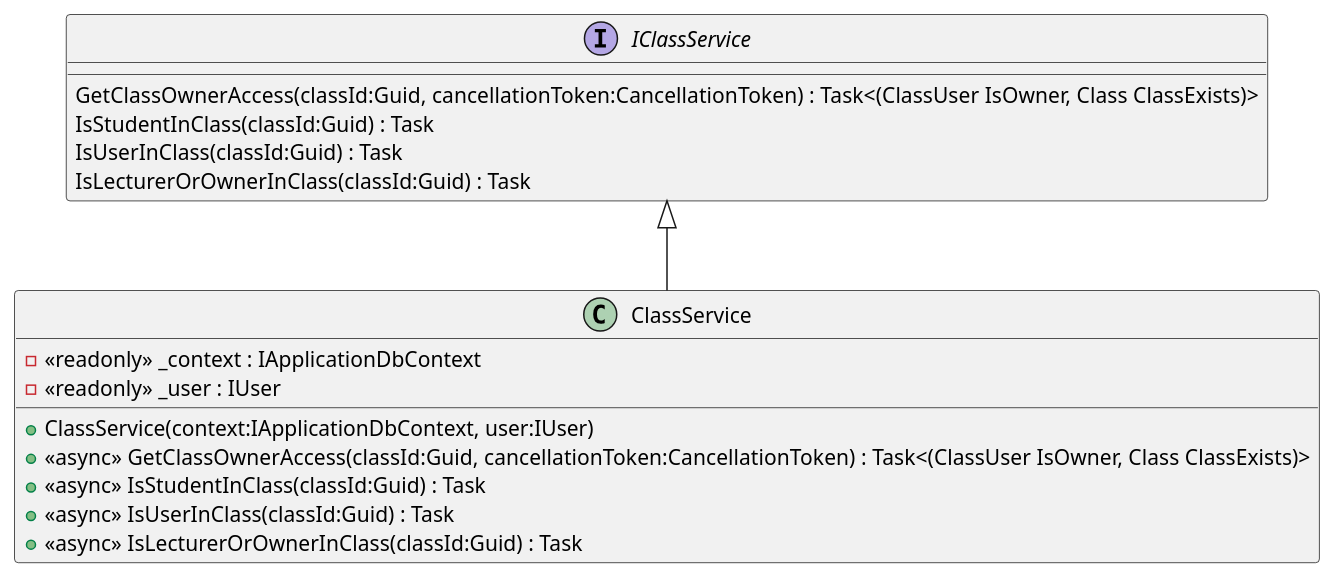
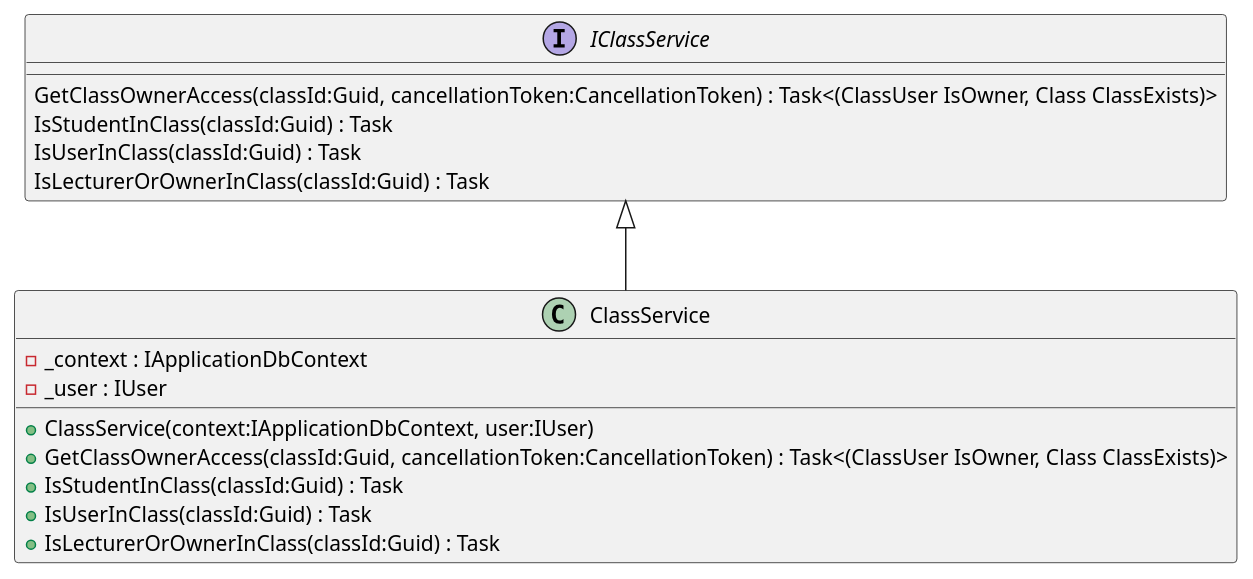
One commit to thanhkhac/SEP_Diagram changed the diagram in classes/class/service/IClassService.puml. Above: the diagram before and after it, drawn with PlantUML. The commit also changed 99 other files, not shown here.

Commit message:
Remove C# property stereotypes from PlantUML files

```diff
--- a/classes/class/service/IClassService.puml
+++ b/classes/class/service/IClassService.puml
@@ -1,18 +1,18 @@
 @startuml
 interface IClassService {
     GetClassOwnerAccess(classId:Guid, cancellationToken:CancellationToken) : Task<(ClassUser IsOwner, Class ClassExists)>
     IsStudentInClass(classId:Guid) : Task
     IsUserInClass(classId:Guid) : Task
     IsLecturerOrOwnerInClass(classId:Guid) : Task
 }
 class ClassService {
-    - <<readonly>> _context : IApplicationDbContext
-    - <<readonly>> _user : IUser
+    -  _context : IApplicationDbContext
+    -  _user : IUser
     + ClassService(context:IApplicationDbContext, user:IUser)
-    + <<async>> GetClassOwnerAccess(classId:Guid, cancellationToken:CancellationToken) : Task<(ClassUser IsOwner, Class ClassExists)>
-    + <<async>> IsStudentInClass(classId:Guid) : Task
-    + <<async>> IsUserInClass(classId:Guid) : Task
-    + <<async>> IsLecturerOrOwnerInClass(classId:Guid) : Task
+    +  GetClassOwnerAccess(classId:Guid, cancellationToken:CancellationToken) : Task<(ClassUser IsOwner, Class ClassExists)>
+    +  IsStudentInClass(classId:Guid) : Task
+    +  IsUserInClass(classId:Guid) : Task
+    +  IsLecturerOrOwnerInClass(classId:Guid) : Task
 }
 IClassService <|-- ClassService
 @enduml
```
